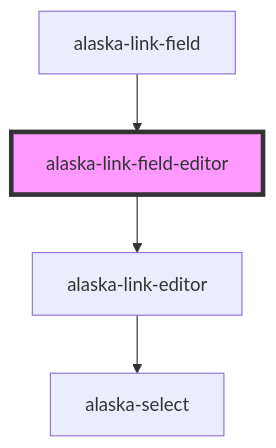
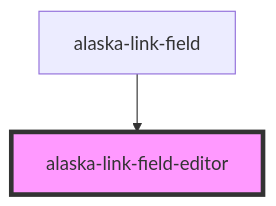
The diagram in core/src/components/fields/link-field-editor/readme.md (alaska-project/alaska-contents), drawn with Mermaid before and after one commit. The commit also changed other lines of this file and 31 other files, not shown here.

````diff
--- a/core/src/components/fields/link-field-editor/readme.md
+++ b/core/src/components/fields/link-field-editor/readme.md
@@ -33,7 +29,5 @@
 ```mermaid
 graph TD;
-  alaska-link-field-editor --> alaska-link-editor
-  alaska-link-editor --> alaska-select
   alaska-link-field --> alaska-link-field-editor
   style alaska-link-field-editor fill:#f9f,stroke:#333,stroke-width:4px
 ```
````
